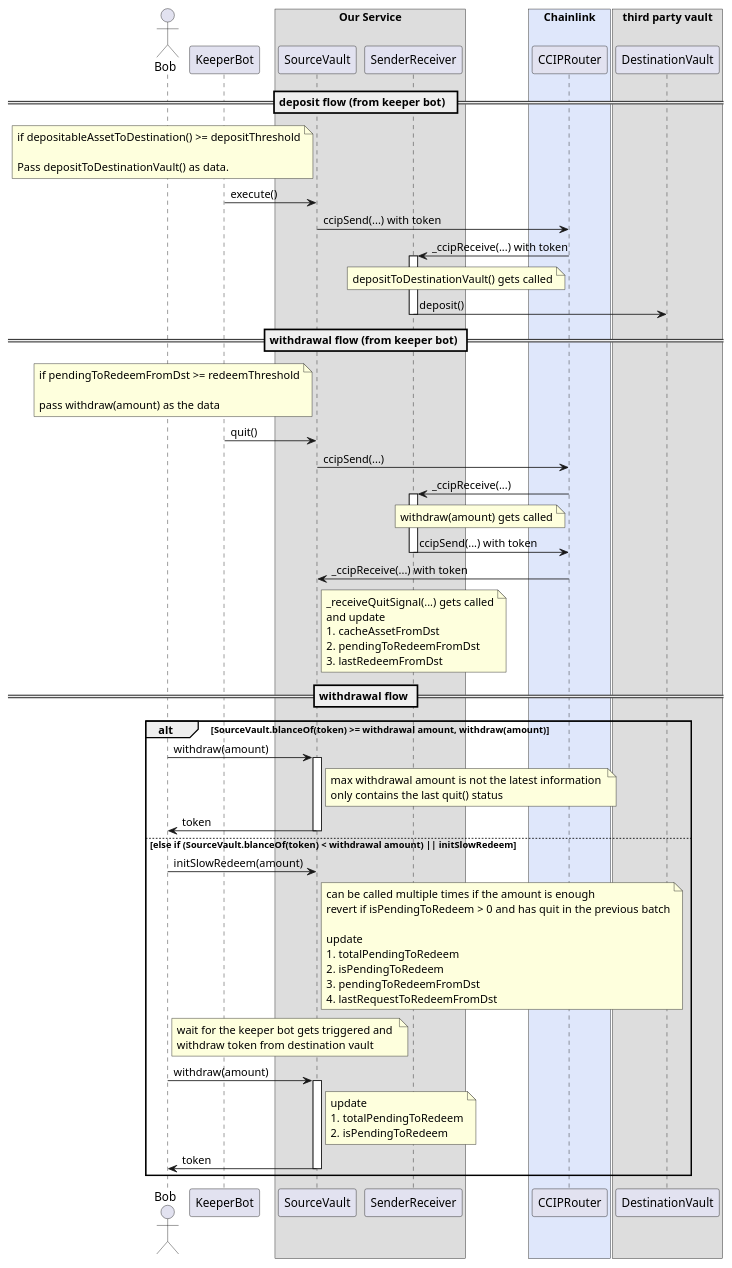
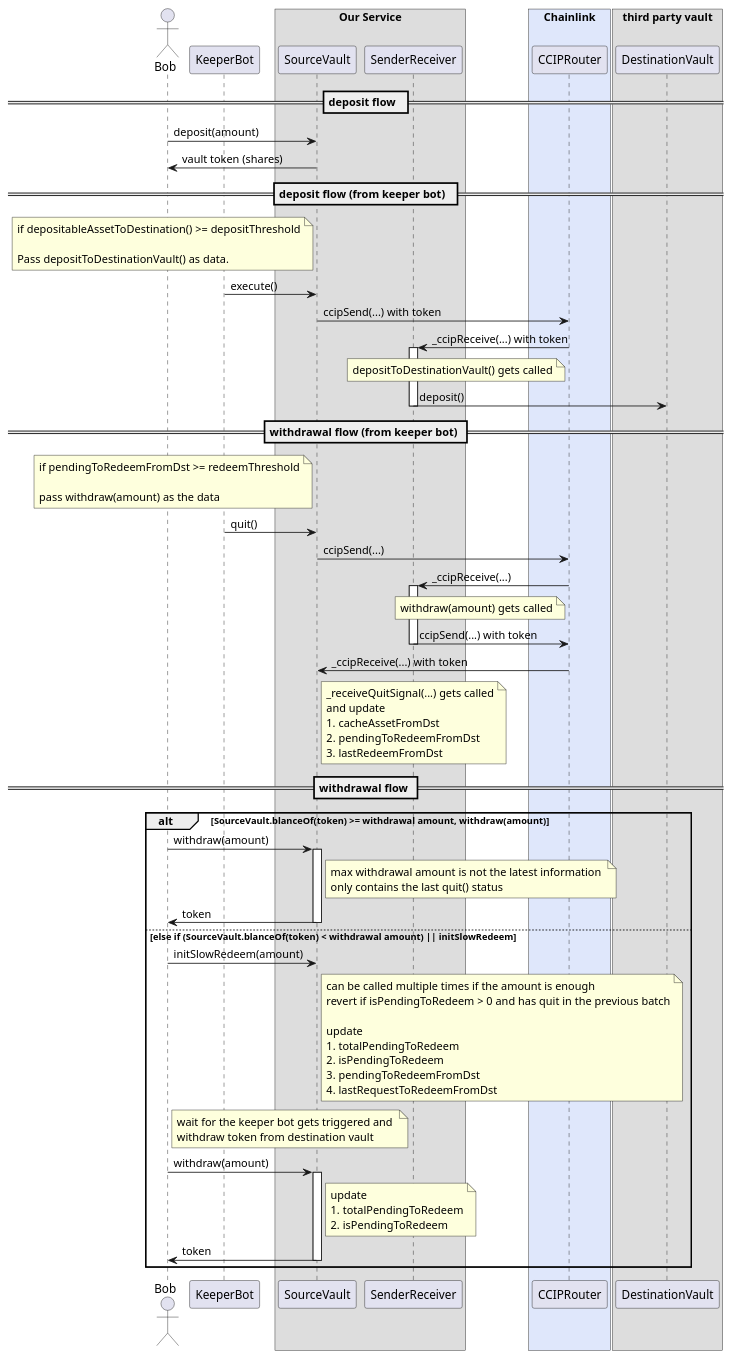
The diagram in contracts/diagram/sequence_diagram.puml (0xCSMNT/warp), drawn with PlantUML before and after one commit. The commit also changed 1 other file, not shown here.

Commit message:
added user deposit flow diagram

```diff
--- a/contracts/diagram/sequence_diagram.puml
+++ b/contracts/diagram/sequence_diagram.puml
@@ -1,96 +1,100 @@
 @startuml
 actor Bob
 participant KeeperBot
 
 box "Our Service"
 participant SourceVault
 participant SenderReceiver
 endbox
+
+== deposit flow  ==
+Bob -> SourceVault: deposit(amount)
+SourceVault -> Bob: vault token (shares)
 
 == deposit flow (from keeper bot)  ==
 note left SourceVault
 if depositableAssetToDestination() >= depositThreshold
 
 Pass depositToDestinationVault() as data.
 end note
 KeeperBot -> SourceVault: execute()
 SourceVault -> CCIPRouter: ccipSend(...) with token
 CCIPRouter -> SenderReceiver: _ccipReceive(...) with token
 note left CCIPRouter: depositToDestinationVault() gets called
 activate SenderReceiver
 SenderReceiver -> DestinationVault: deposit()
 deactivate SenderReceiver
 
 == withdrawal flow (from keeper bot) ==
 note left SourceVault
 if pendingToRedeemFromDst >= redeemThreshold
 
 pass withdraw(amount) as the data
 end note
 KeeperBot -> SourceVault: quit()
 SourceVault -> CCIPRouter: ccipSend(...)
 CCIPRouter -> SenderReceiver: _ccipReceive(...)
 note left CCIPRouter: withdraw(amount) gets called
 activate SenderReceiver
 SenderReceiver -> CCIPRouter: ccipSend(...) with token
 deactivate SenderReceiver
 CCIPRouter -> SourceVault: _ccipReceive(...) with token
 
 note right SourceVault
 _receiveQuitSignal(...) gets called
 and update 
 1. cacheAssetFromDst
 2. pendingToRedeemFromDst
 3. lastRedeemFromDst
 end note
 
 
 
 == withdrawal flow ==
 alt SourceVault.blanceOf(token) >= withdrawal amount, withdraw(amount)
     Bob -> SourceVault: withdraw(amount)
     activate SourceVault
     note right SourceVault
     max withdrawal amount is not the latest information 
     only contains the last quit() status
     end note
     SourceVault -> Bob: token
     deactivate SourceVault
 else else if (SourceVault.blanceOf(token) < withdrawal amount) || initSlowRedeem
   Bob -> SourceVault: initSlowRedeem(amount)
   note right SourceVault
   can be called multiple times if the amount is enough 
   revert if isPendingToRedeem > 0 and has quit in the previous batch
 
   update 
   1. totalPendingToRedeem
   2. isPendingToRedeem
   3. pendingToRedeemFromDst
   4. lastRequestToRedeemFromDst
   end note
   
   note right Bob
   wait for the keeper bot gets triggered and 
   withdraw token from destination vault
   end note
   
   Bob -> SourceVault: withdraw(amount)
   activate SourceVault
   note right SourceVault
   update
   1. totalPendingToRedeem
   2. isPendingToRedeem
   end note
   SourceVault -> Bob: token
   deactivate SourceVault
 end
 
 
 box "Chainlink" #dfe7fb
 participant CCIPRouter order 30
 endbox
 
 box "third party vault"
 participant DestinationVault order 50
 endbox
 @enduml
```
